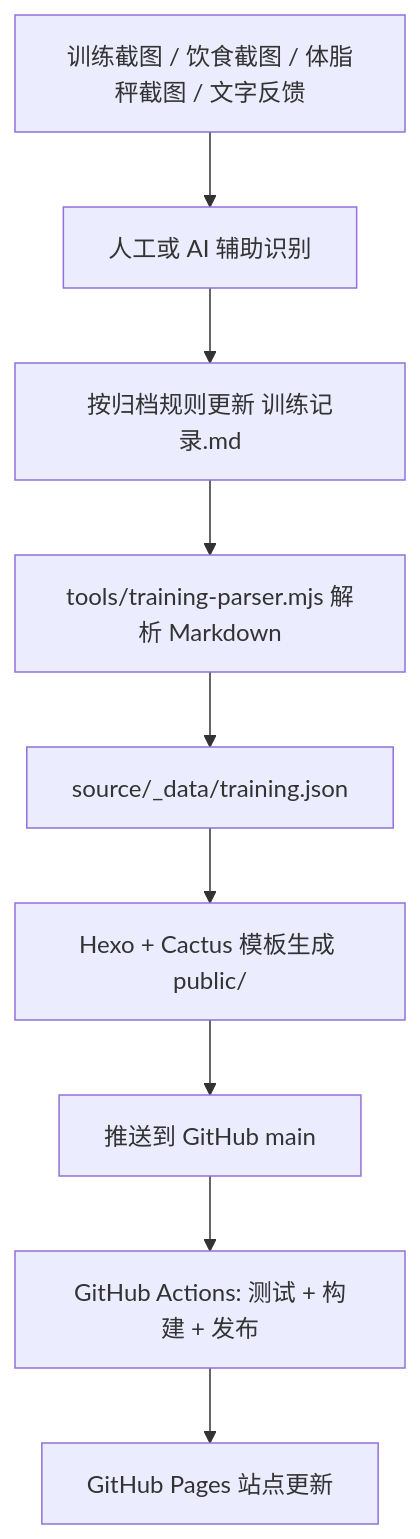
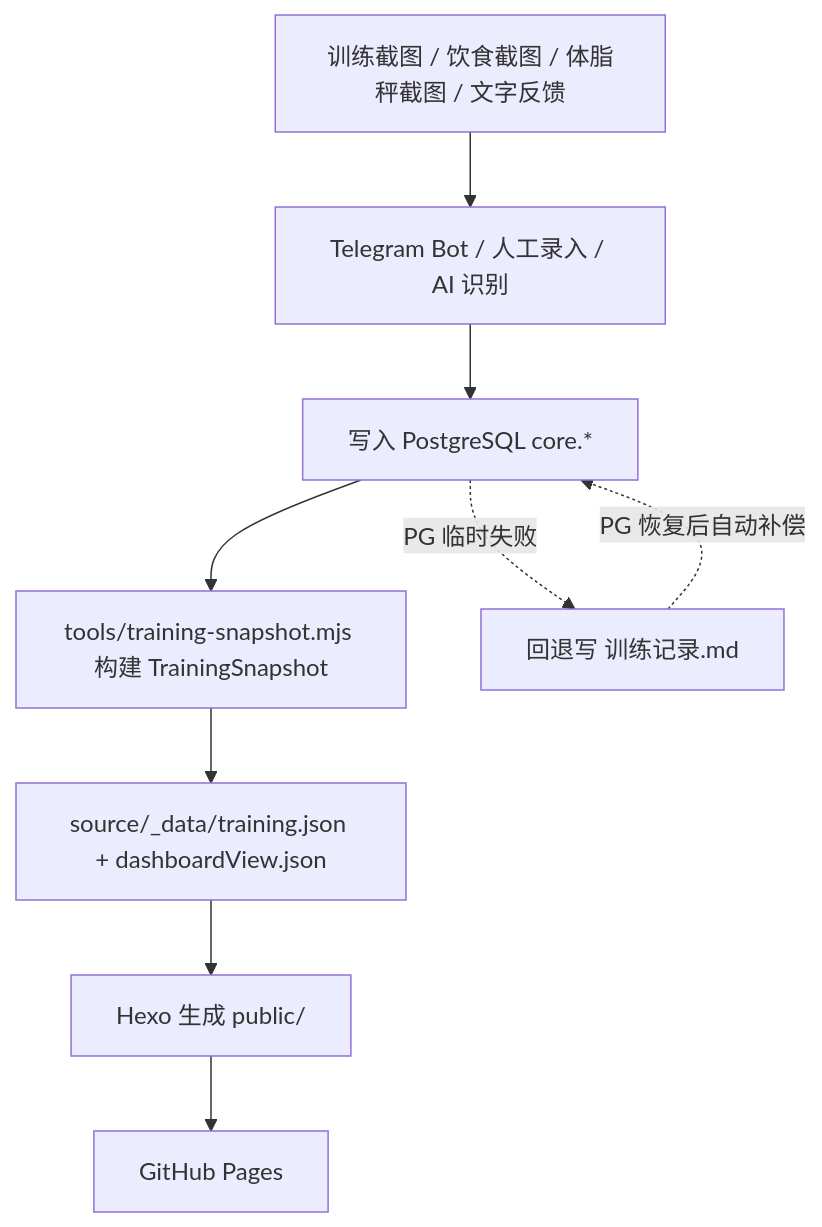
The diagram in README.md (soulgo/training_records), drawn with Mermaid before and after one commit. The commit also changed other lines of this file and 22 other files, not shown here.

````diff
--- a/README.md
+++ b/README.md
@@ -39,11 +37,11 @@
 ```mermaid
 flowchart TD
-    A["训练截图 / 饮食截图 / 体脂秤截图 / 文字反馈"] --> B["人工或 AI 辅助识别"]
-    B --> C["按归档规则更新 训练记录.md"]
-    C --> D["tools/training-parser.mjs 解析 Markdown"]
-    D --> E["source/_data/training.json"]
-    E --> F["Hexo + Cactus 模板生成 public/"]
-    F --> G["推送到 GitHub main"]
-    G --> H["GitHub Actions: 测试 + 构建 + 发布"]
-    H --> I["GitHub Pages 站点更新"]
+    A["训练截图 / 饮食截图 / 体脂秤截图 / 文字反馈"] --> B["Telegram Bot / 人工录入 / AI 识别"]
+    B --> C["写入 PostgreSQL core.*"]
+    C --> D["tools/training-snapshot.mjs 构建 TrainingSnapshot"]
+    D --> E["source/_data/training.json + dashboardView.json"]
+    E --> F["Hexo 生成 public/"]
+    F --> G["GitHub Pages"]
+    C -. PG 临时失败 .-> H["回退写 训练记录.md"]
+    H -. PG 恢复后自动补偿 .-> C
 ```
````
